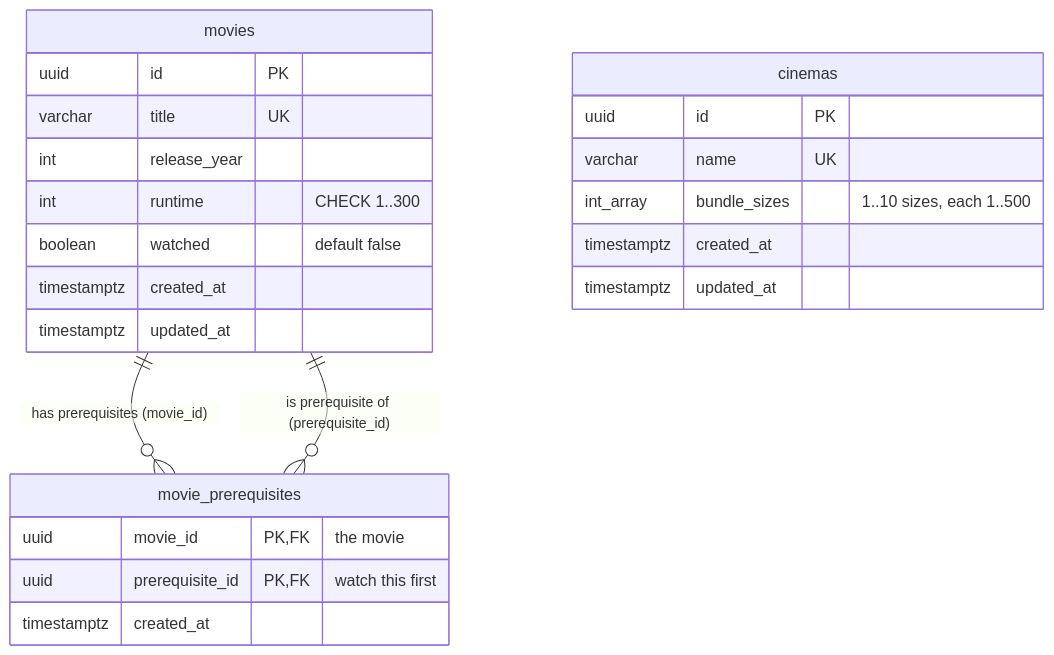
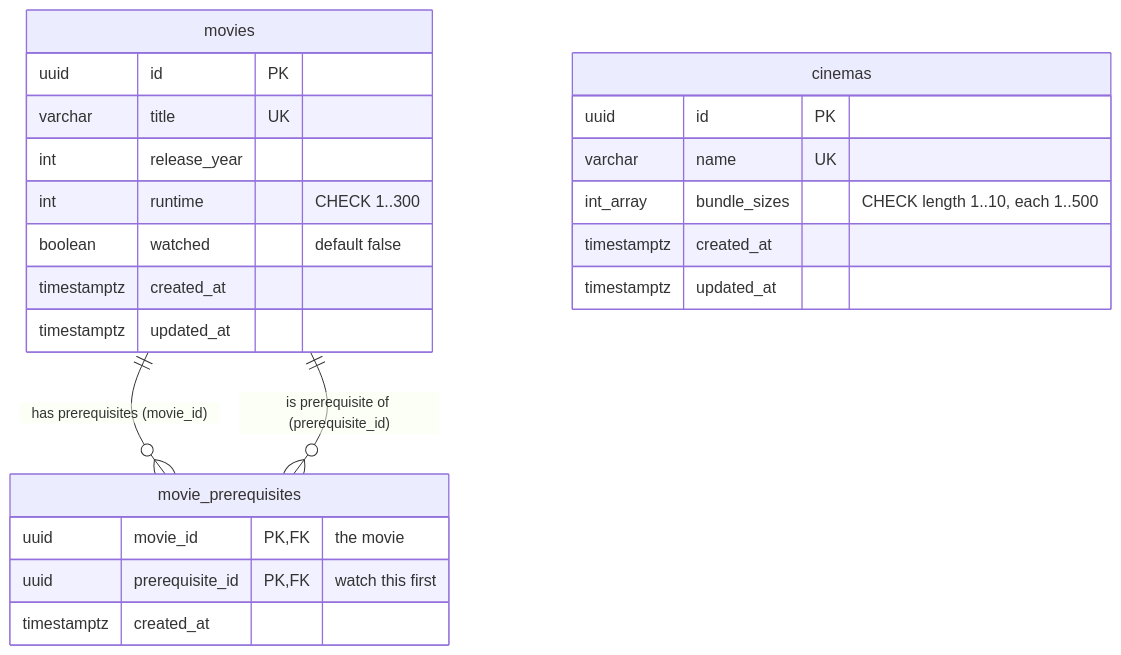
The diagram in README.md (immobarok/doomsday), drawn with Mermaid before and after one commit. The commit also changed other lines of this file and 19 other files, not shown here.

````diff
--- a/README.md
+++ b/README.md
@@ -118,29 +154,29 @@
 ```mermaid
 erDiagram
     movies ||--o{ movie_prerequisites : "has prerequisites (movie_id)"
     movies ||--o{ movie_prerequisites : "is prerequisite of (prerequisite_id)"
 
     movies {
         uuid id PK
         varchar title UK
         int release_year
         int runtime "CHECK 1..300"
         boolean watched "default false"
         timestamptz created_at
         timestamptz updated_at
     }
 
     movie_prerequisites {
         uuid movie_id PK,FK "the movie"
         uuid prerequisite_id PK,FK "watch this first"
         timestamptz created_at
     }
 
     cinemas {
         uuid id PK
         varchar name UK
-        int_array bundle_sizes "1..10 sizes, each 1..500"
+        int_array bundle_sizes "CHECK length 1..10, each 1..500"
         timestamptz created_at
         timestamptz updated_at
     }
 ```
````
